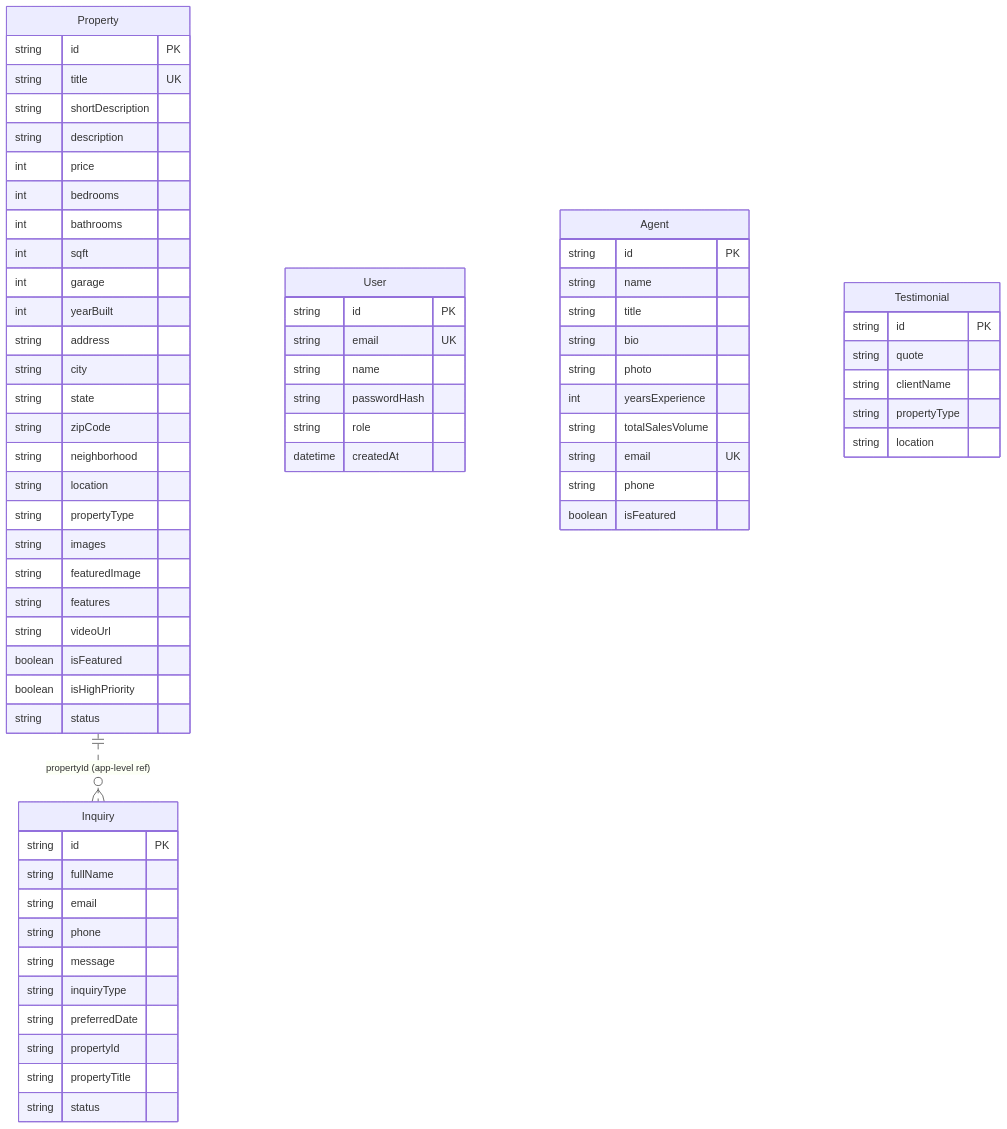
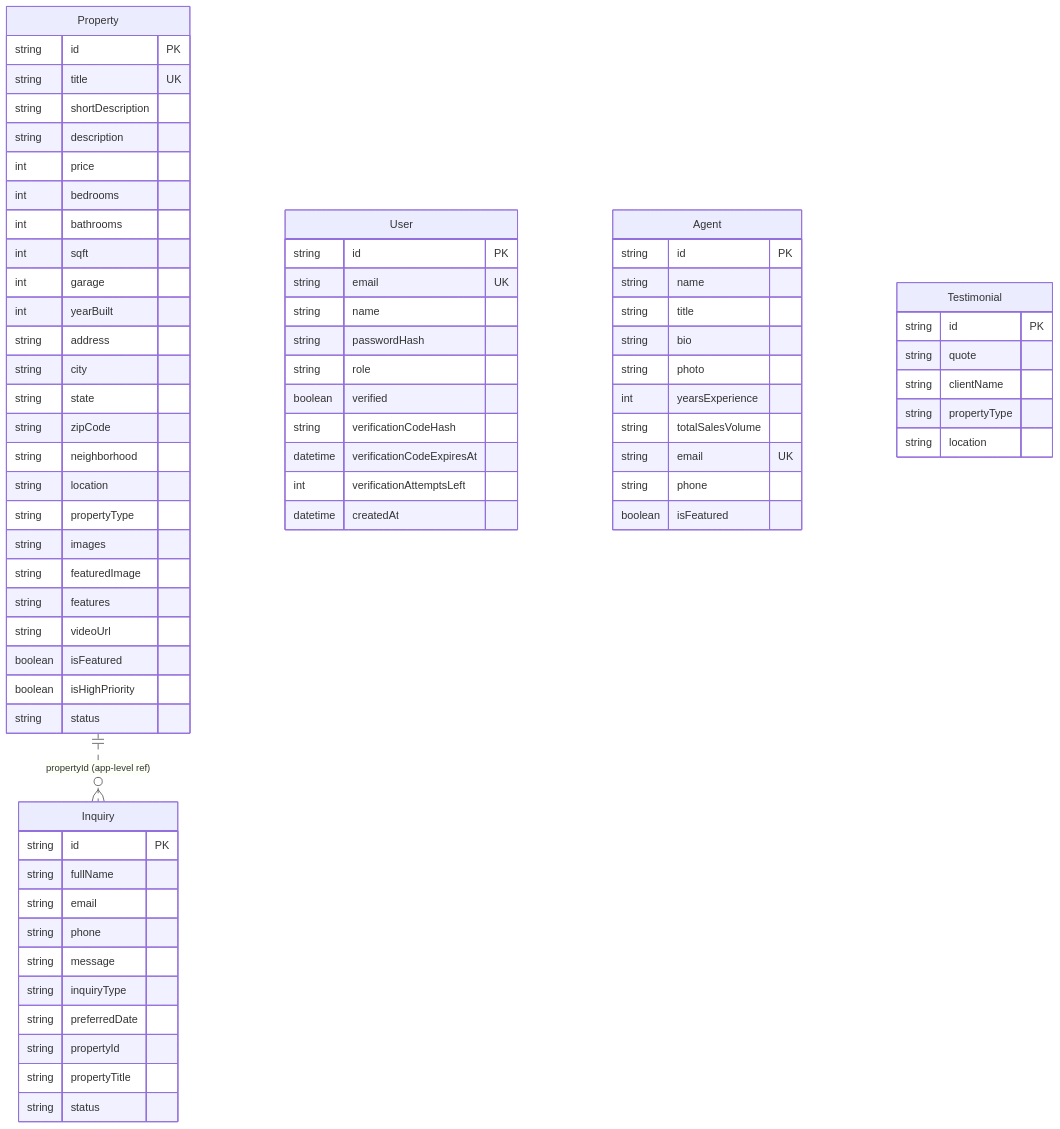
The second of 2 diagrams in Project_Architecture_Document.md (nordeim/real-estate-agency), drawn with Mermaid before and after one commit. The commit also changed other lines of this file and 26 other files, not shown here.

````diff
--- a/Project_Architecture_Document.md
+++ b/Project_Architecture_Document.md
@@ -327,69 +328,73 @@
 ```mermaid
 erDiagram
     Property ||..o{ Inquiry : "propertyId (app-level ref)"
     User {
         string id PK
         string email UK
         string name
         string passwordHash
         string role
+        boolean verified
+        string verificationCodeHash
+        datetime verificationCodeExpiresAt
+        int verificationAttemptsLeft
         datetime createdAt
     }
     Property {
         string id PK
         string title UK
         string shortDescription
         string description
         int price
         int bedrooms
         int bathrooms
         int sqft
         int garage
         int yearBuilt
         string address
         string city
         string state
         string zipCode
         string neighborhood
         string location
         string propertyType
         string images
         string featuredImage
         string features
         string videoUrl
         boolean isFeatured
         boolean isHighPriority
         string status
     }
     Agent {
         string id PK
         string name
         string title
         string bio
         string photo
         int yearsExperience
         string totalSalesVolume
         string email UK
         string phone
         boolean isFeatured
     }
     Testimonial {
         string id PK
         string quote
         string clientName
         string propertyType
         string location
     }
     Inquiry {
         string id PK
         string fullName
         string email
         string phone
         string message
         string inquiryType
         string preferredDate
         string propertyId
         string propertyTitle
         string status
     }
 ```
````
